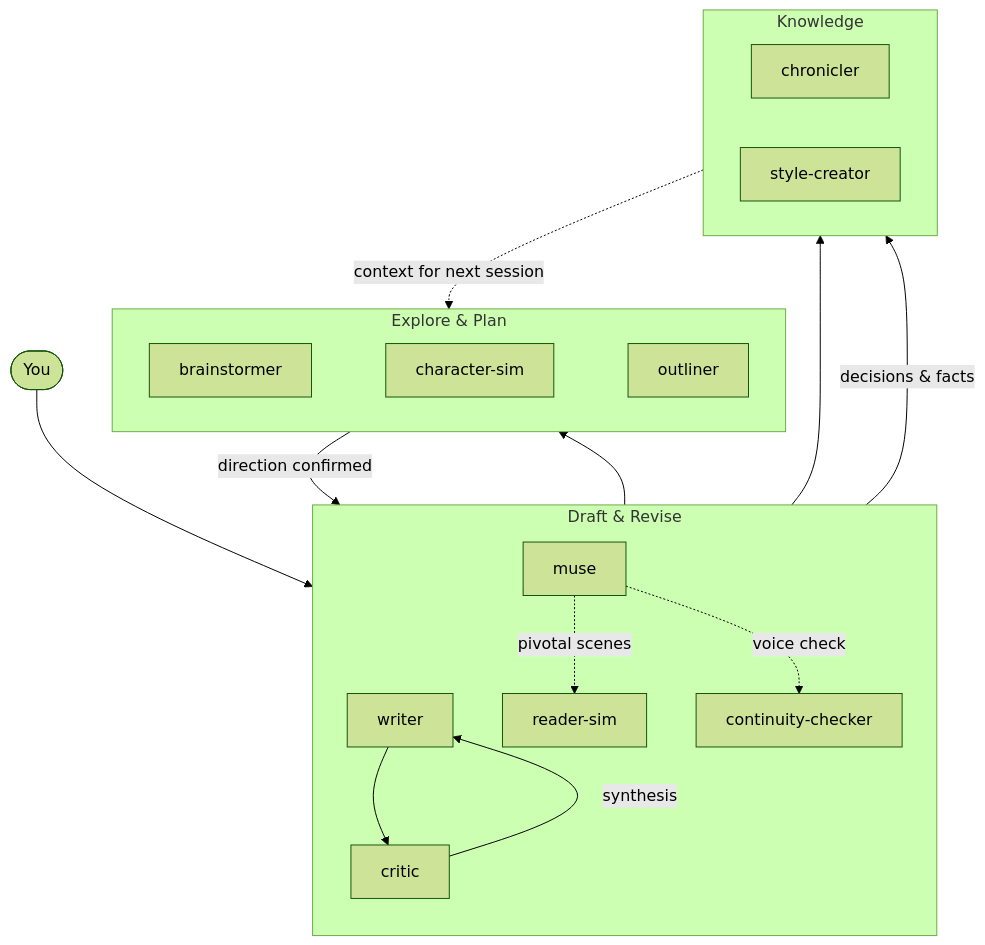
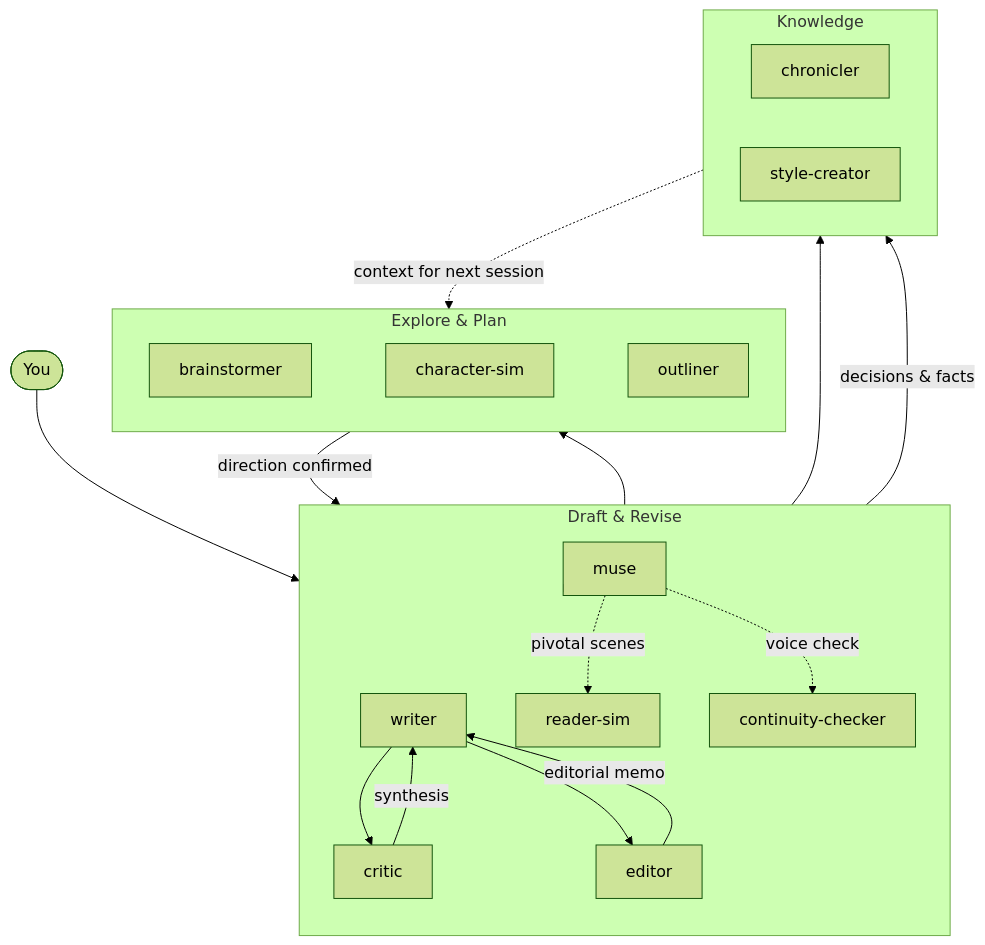
Before and after one commit to haowjy/creative-writing-skills: the diagram in README.md, drawn with Mermaid (forest theme). The commit also changed other lines of this file and 29 other files, not shown here.

````diff
--- a/README.md
+++ b/README.md
@@ -75,32 +75,34 @@
 ```mermaid
 flowchart TB
     You([You]) --> M[muse]
 
     M --> Explore
     M --> Draft
     M --> Maintain
 
     subgraph Explore ["Explore & Plan"]
         direction LR
         B[brainstormer] ~~~ CS[character-sim]
         CS ~~~ O[outliner]
     end
 
     subgraph Draft ["Draft & Revise"]
         direction TB
         W[writer] --> CR[critic]
+        W --> ED[editor]
         CR -->|synthesis| W
+        ED -->|editorial memo| W
         M -.->|pivotal scenes| RS[reader-sim]
         M -.->|voice check| CC[continuity-checker]
     end
 
     subgraph Maintain ["Knowledge"]
         direction LR
         CH[chronicler]
         SC[style-creator]
     end
 
     Explore -->|direction confirmed| Draft
     Draft -->|decisions & facts| Maintain
     Maintain -.->|context for next session| Explore
 ```
````
